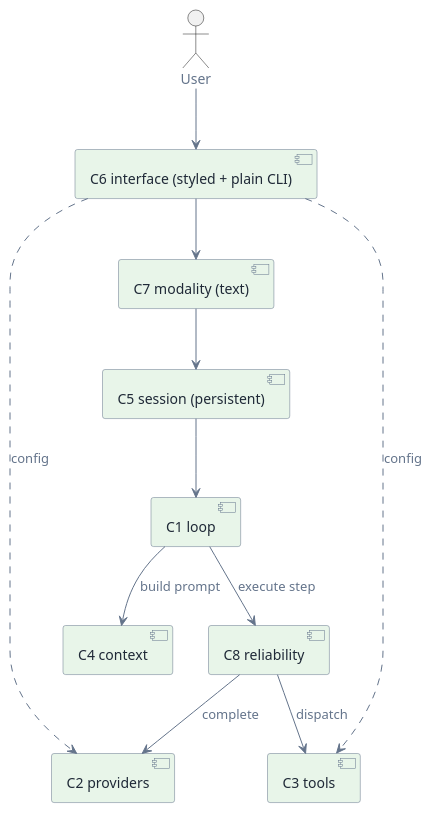
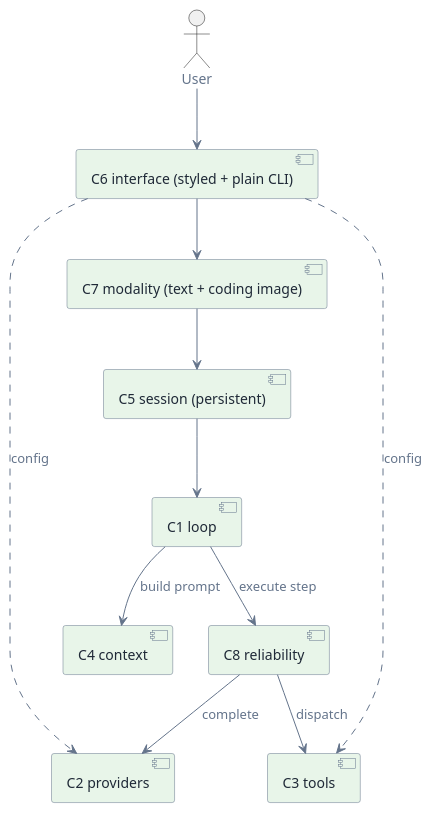
Before and after one commit to invented-pro/sudoer: the diagram in 00_bp/agent_prop.md, drawn with PlantUML. The commit also changed other lines of this file and 26 other files, not shown here.

````diff
--- a/00_bp/agent_prop.md
+++ b/00_bp/agent_prop.md
@@ -32,29 +33,29 @@
 ```plantuml
 @startuml
 skinparam backgroundColor transparent
 skinparam defaultFontColor #64748B
 skinparam componentBackgroundColor #E8F5E9
 skinparam componentBorderColor #64748B
 skinparam componentFontColor #1F2937
 skinparam arrowColor #64748B
 actor User
 component "C6 interface (styled + plain CLI)" as I
-component "C7 modality (text)" as M
+component "C7 modality (text + coding image)" as M
 component "C5 session (persistent)" as S
 component "C1 loop" as L
 component "C4 context" as X
 component "C8 reliability" as Rel
 component "C2 providers" as P
 component "C3 tools" as T
 User --> I
 I --> M
 M --> S
 S --> L
 L --> X : build prompt
 L --> Rel : execute step
 Rel --> P : complete
 Rel --> T : dispatch
 I ..> P : config
 I ..> T : config
 @enduml
 ```
````
